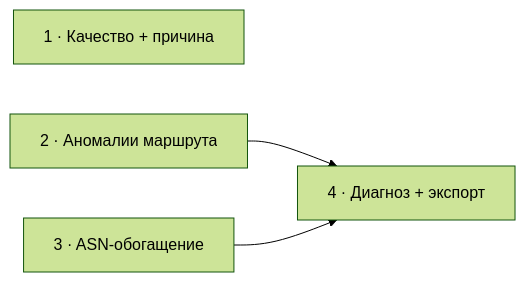
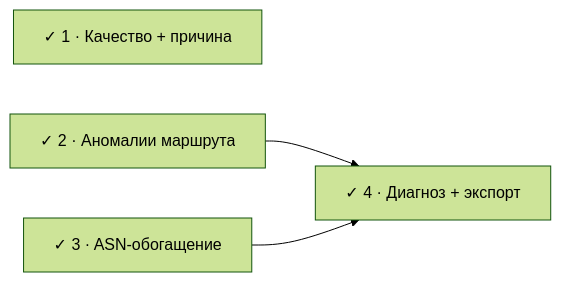
One commit to tavvet/net-test changed the diagram in docs/ROADMAP.md. Above: the diagram before and after it, drawn with Mermaid (forest theme). The commit also changed other lines of this file and 4 other files, not shown here.

````diff
--- a/docs/ROADMAP.md
+++ b/docs/ROADMAP.md
@@ -25,9 +25,9 @@
 ```mermaid
 graph LR
-  P1["1 · Качество + причина"]
-  P2["2 · Аномалии маршрута"]
-  P3["3 · ASN-обогащение"]
-  P4["4 · Диагноз + экспорт"]
+  P1["✓ 1 · Качество + причина"]
+  P2["✓ 2 · Аномалии маршрута"]
+  P3["✓ 3 · ASN-обогащение"]
+  P4["✓ 4 · Диагноз + экспорт"]
   P2 --> P4
   P3 --> P4
 ```
````
